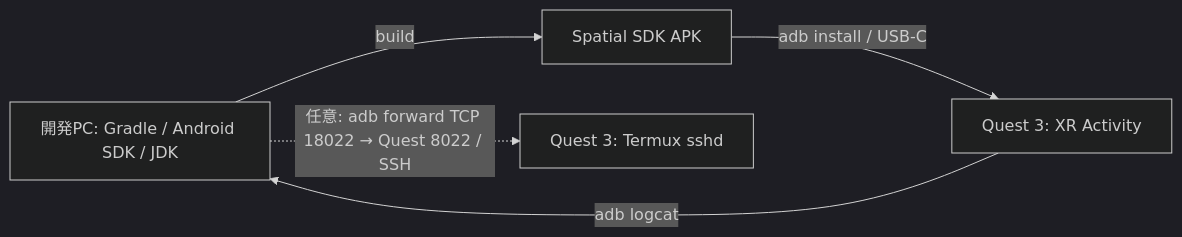
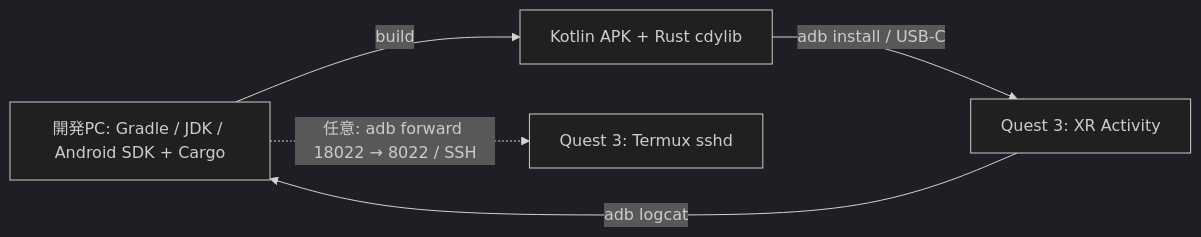
One commit to tin-machine/eidolon-wayland changed the first of 7 diagrams in docs/implementation-plan.md. Above: the diagram before and after it, drawn with Mermaid (dark theme). The commit also changed other lines of this file and 9 other files, not shown here.

```diff
--- a/docs/implementation-plan.md
+++ b/docs/implementation-plan.md
@@ -45,7 +66,7 @@
 ~~~mermaid
 flowchart LR
-  DEV["開発PC: Gradle / Android SDK / JDK"] -->|"build"| APK["Spatial SDK APK"]
+  DEV["開発PC: Gradle / JDK / Android SDK + Cargo"] -->|"build"| APK["Kotlin APK + Rust cdylib"]
   APK -->|"adb install / USB-C"| QUEST["Quest 3: XR Activity"]
   QUEST -->|"adb logcat"| DEV
-  DEV -.->|"任意: adb forward TCP 18022 → Quest 8022 / SSH"| T["Quest 3: Termux sshd"]
+  DEV -.->|"任意: adb forward 18022 → 8022 / SSH"| T["Quest 3: Termux sshd"]
 ~~~
```
